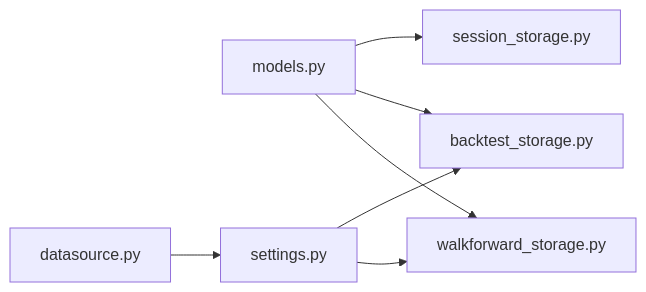
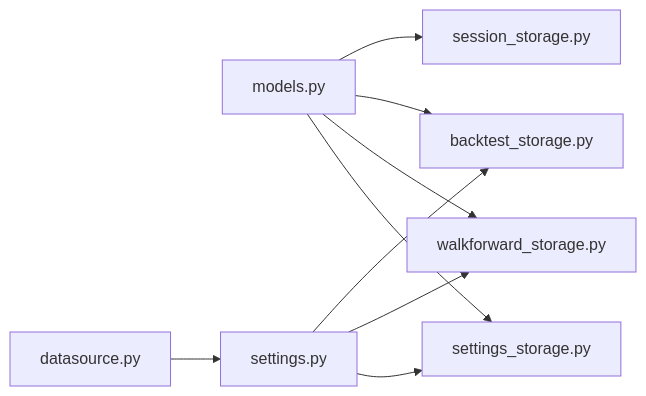
One commit to faryhuo/backtrader changed the tenth of 10 diagrams in .qoder/repowiki/zh/content/后端架构/数据模型/数据模型.md. Above: the diagram before and after it, drawn with Mermaid. The commit also changed other lines of this file and 17 other files, not shown here.

````diff
--- a/.qoder/repowiki/zh/content/后端架构/数据模型/数据模型.md
+++ b/.qoder/repowiki/zh/content/后端架构/数据模型/数据模型.md
@@ -564,9 +627,11 @@
 ```mermaid
 graph LR
 M["models.py"] --> S1["session_storage.py"]
 M --> S2["backtest_storage.py"]
 M --> S3["walkforward_storage.py"]
+M --> S4["settings_storage.py"]
 CFG["settings.py"] --> S2
 CFG --> S3
+CFG --> S4
 DS["datasource.py"] --> CFG
 ```
````
